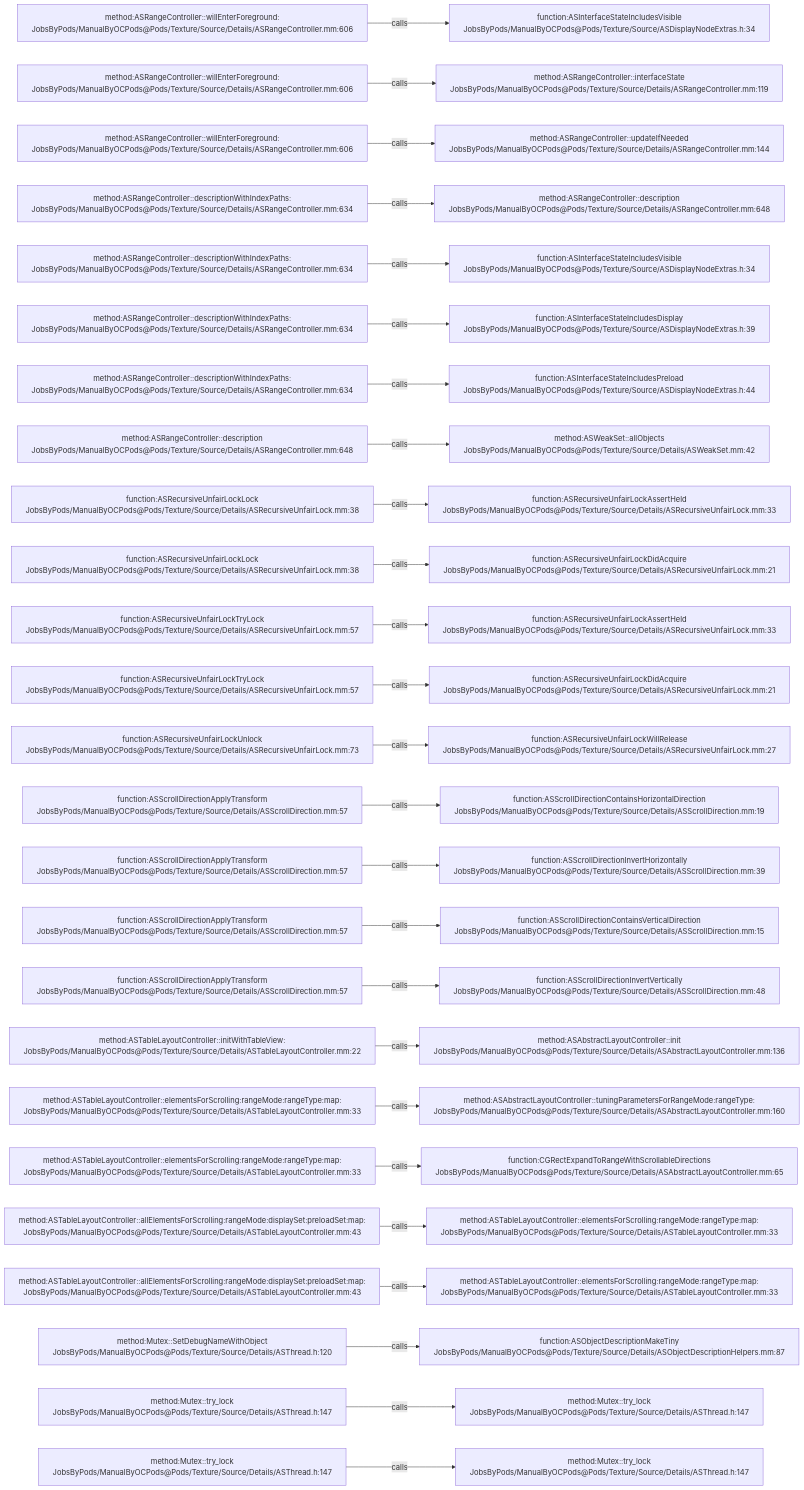
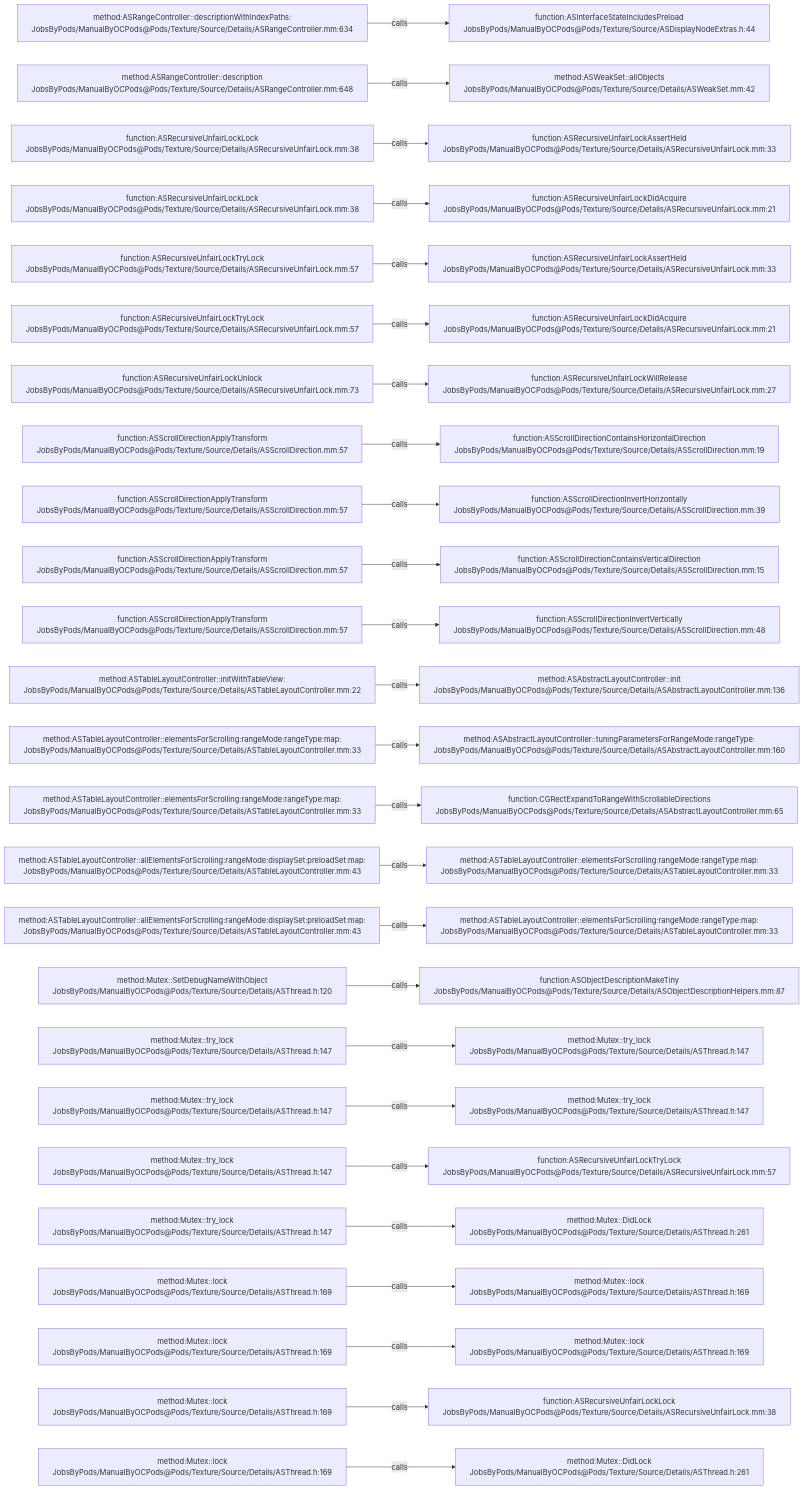
The diagram in .codegraph/codegraph.md/graphs/calls-157.md (JobsKits/JobsOCBaseConfigDemo), drawn with Mermaid before and after one commit. The commit also changed 666 other files, not shown here.

````diff
--- a/.codegraph/codegraph.md/graphs/calls-157.md
+++ b/.codegraph/codegraph.md/graphs/calls-157.md
@@ -13,78 +13,78 @@
 ```mermaid
 flowchart LR
-  S1["method:ASRangeController::willEnterForeground:<br/>JobsByPods/ManualByOCPods@Pods/Texture/Source/Details/ASRangeController.mm:606"]
-  T1["function:ASInterfaceStateIncludesVisible<br/>JobsByPods/ManualByOCPods@Pods/Texture/Source/ASDisplayNodeExtras.h:34"]
+  S1["method:ASRangeController::descriptionWithIndexPaths:<br/>JobsByPods/ManualByOCPods@Pods/Texture/Source/Details/ASRangeController.mm:634"]
+  T1["function:ASInterfaceStateIncludesPreload<br/>JobsByPods/ManualByOCPods@Pods/Texture/Source/ASDisplayNodeExtras.h:44"]
   S1 -->|calls| T1
-  S2["method:ASRangeController::willEnterForeground:<br/>JobsByPods/ManualByOCPods@Pods/Texture/Source/Details/ASRangeController.mm:606"]
-  T2["method:ASRangeController::interfaceState<br/>JobsByPods/ManualByOCPods@Pods/Texture/Source/Details/ASRangeController.mm:119"]
+  S2["method:ASRangeController::description<br/>JobsByPods/ManualByOCPods@Pods/Texture/Source/Details/ASRangeController.mm:648"]
+  T2["method:ASWeakSet::allObjects<br/>JobsByPods/ManualByOCPods@Pods/Texture/Source/Details/ASWeakSet.mm:42"]
   S2 -->|calls| T2
-  S3["method:ASRangeController::willEnterForeground:<br/>JobsByPods/ManualByOCPods@Pods/Texture/Source/Details/ASRangeController.mm:606"]
-  T3["method:ASRangeController::updateIfNeeded<br/>JobsByPods/ManualByOCPods@Pods/Texture/Source/Details/ASRangeController.mm:144"]
+  S3["function:ASRecursiveUnfairLockLock<br/>JobsByPods/ManualByOCPods@Pods/Texture/Source/Details/ASRecursiveUnfairLock.mm:38"]
+  T3["function:ASRecursiveUnfairLockAssertHeld<br/>JobsByPods/ManualByOCPods@Pods/Texture/Source/Details/ASRecursiveUnfairLock.mm:33"]
   S3 -->|calls| T3
-  S4["method:ASRangeController::descriptionWithIndexPaths:<br/>JobsByPods/ManualByOCPods@Pods/Texture/Source/Details/ASRangeController.mm:634"]
-  T4["method:ASRangeController::description<br/>JobsByPods/ManualByOCPods@Pods/Texture/Source/Details/ASRangeController.mm:648"]
+  S4["function:ASRecursiveUnfairLockLock<br/>JobsByPods/ManualByOCPods@Pods/Texture/Source/Details/ASRecursiveUnfairLock.mm:38"]
+  T4["function:ASRecursiveUnfairLockDidAcquire<br/>JobsByPods/ManualByOCPods@Pods/Texture/Source/Details/ASRecursiveUnfairLock.mm:21"]
   S4 -->|calls| T4
-  S5["method:ASRangeController::descriptionWithIndexPaths:<br/>JobsByPods/ManualByOCPods@Pods/Texture/Source/Details/ASRangeController.mm:634"]
-  T5["function:ASInterfaceStateIncludesVisible<br/>JobsByPods/ManualByOCPods@Pods/Texture/Source/ASDisplayNodeExtras.h:34"]
+  S5["function:ASRecursiveUnfairLockTryLock<br/>JobsByPods/ManualByOCPods@Pods/Texture/Source/Details/ASRecursiveUnfairLock.mm:57"]
+  T5["function:ASRecursiveUnfairLockAssertHeld<br/>JobsByPods/ManualByOCPods@Pods/Texture/Source/Details/ASRecursiveUnfairLock.mm:33"]
   S5 -->|calls| T5
-  S6["method:ASRangeController::descriptionWithIndexPaths:<br/>JobsByPods/ManualByOCPods@Pods/Texture/Source/Details/ASRangeController.mm:634"]
-  T6["function:ASInterfaceStateIncludesDisplay<br/>JobsByPods/ManualByOCPods@Pods/Texture/Source/ASDisplayNodeExtras.h:39"]
+  S6["function:ASRecursiveUnfairLockTryLock<br/>JobsByPods/ManualByOCPods@Pods/Texture/Source/Details/ASRecursiveUnfairLock.mm:57"]
+  T6["function:ASRecursiveUnfairLockDidAcquire<br/>JobsByPods/ManualByOCPods@Pods/Texture/Source/Details/ASRecursiveUnfairLock.mm:21"]
   S6 -->|calls| T6
-  S7["method:ASRangeController::descriptionWithIndexPaths:<br/>JobsByPods/ManualByOCPods@Pods/Texture/Source/Details/ASRangeController.mm:634"]
-  T7["function:ASInterfaceStateIncludesPreload<br/>JobsByPods/ManualByOCPods@Pods/Texture/Source/ASDisplayNodeExtras.h:44"]
+  S7["function:ASRecursiveUnfairLockUnlock<br/>JobsByPods/ManualByOCPods@Pods/Texture/Source/Details/ASRecursiveUnfairLock.mm:73"]
+  T7["function:ASRecursiveUnfairLockWillRelease<br/>JobsByPods/ManualByOCPods@Pods/Texture/Source/Details/ASRecursiveUnfairLock.mm:27"]
   S7 -->|calls| T7
-  S8["method:ASRangeController::description<br/>JobsByPods/ManualByOCPods@Pods/Texture/Source/Details/ASRangeController.mm:648"]
-  T8["method:ASWeakSet::allObjects<br/>JobsByPods/ManualByOCPods@Pods/Texture/Source/Details/ASWeakSet.mm:42"]
+  S8["function:ASScrollDirectionApplyTransform<br/>JobsByPods/ManualByOCPods@Pods/Texture/Source/Details/ASScrollDirection.mm:57"]
+  T8["function:ASScrollDirectionContainsHorizontalDirection<br/>JobsByPods/ManualByOCPods@Pods/Texture/Source/Details/ASScrollDirection.mm:19"]
   S8 -->|calls| T8
-  S9["function:ASRecursiveUnfairLockLock<br/>JobsByPods/ManualByOCPods@Pods/Texture/Source/Details/ASRecursiveUnfairLock.mm:38"]
-  T9["function:ASRecursiveUnfairLockAssertHeld<br/>JobsByPods/ManualByOCPods@Pods/Texture/Source/Details/ASRecursiveUnfairLock.mm:33"]
+  S9["function:ASScrollDirectionApplyTransform<br/>JobsByPods/ManualByOCPods@Pods/Texture/Source/Details/ASScrollDirection.mm:57"]
+  T9["function:ASScrollDirectionInvertHorizontally<br/>JobsByPods/ManualByOCPods@Pods/Texture/Source/Details/ASScrollDirection.mm:39"]
   S9 -->|calls| T9
-  S10["function:ASRecursiveUnfairLockLock<br/>JobsByPods/ManualByOCPods@Pods/Texture/Source/Details/ASRecursiveUnfairLock.mm:38"]
-  T10["function:ASRecursiveUnfairLockDidAcquire<br/>JobsByPods/ManualByOCPods@Pods/Texture/Source/Details/ASRecursiveUnfairLock.mm:21"]
+  S10["function:ASScrollDirectionApplyTransform<br/>JobsByPods/ManualByOCPods@Pods/Texture/Source/Details/ASScrollDirection.mm:57"]
+  T10["function:ASScrollDirectionContainsVerticalDirection<br/>JobsByPods/ManualByOCPods@Pods/Texture/Source/Details/ASScrollDirection.mm:15"]
   S10 -->|calls| T10
-  S11["function:ASRecursiveUnfairLockTryLock<br/>JobsByPods/ManualByOCPods@Pods/Texture/Source/Details/ASRecursiveUnfairLock.mm:57"]
-  T11["function:ASRecursiveUnfairLockAssertHeld<br/>JobsByPods/ManualByOCPods@Pods/Texture/Source/Details/ASRecursiveUnfairLock.mm:33"]
+  S11["function:ASScrollDirectionApplyTransform<br/>JobsByPods/ManualByOCPods@Pods/Texture/Source/Details/ASScrollDirection.mm:57"]
+  T11["function:ASScrollDirectionInvertVertically<br/>JobsByPods/ManualByOCPods@Pods/Texture/Source/Details/ASScrollDirection.mm:48"]
   S11 -->|calls| T11
-  S12["function:ASRecursiveUnfairLockTryLock<br/>JobsByPods/ManualByOCPods@Pods/Texture/Source/Details/ASRecursiveUnfairLock.mm:57"]
-  T12["function:ASRecursiveUnfairLockDidAcquire<br/>JobsByPods/ManualByOCPods@Pods/Texture/Source/Details/ASRecursiveUnfairLock.mm:21"]
+  S12["method:ASTableLayoutController::initWithTableView:<br/>JobsByPods/ManualByOCPods@Pods/Texture/Source/Details/ASTableLayoutController.mm:22"]
+  T12["method:ASAbstractLayoutController::init<br/>JobsByPods/ManualByOCPods@Pods/Texture/Source/Details/ASAbstractLayoutController.mm:136"]
   S12 -->|calls| T12
-  S13["function:ASRecursiveUnfairLockUnlock<br/>JobsByPods/ManualByOCPods@Pods/Texture/Source/Details/ASRecursiveUnfairLock.mm:73"]
-  T13["function:ASRecursiveUnfairLockWillRelease<br/>JobsByPods/ManualByOCPods@Pods/Texture/Source/Details/ASRecursiveUnfairLock.mm:27"]
+  S13["method:ASTableLayoutController::elementsForScrolling:rangeMode:rangeType:map:<br/>JobsByPods/ManualByOCPods@Pods/Texture/Source/Details/ASTableLayoutController.mm:33"]
+  T13["method:ASAbstractLayoutController::tuningParametersForRangeMode:rangeType:<br/>JobsByPods/ManualByOCPods@Pods/Texture/Source/Details/ASAbstractLayoutController.mm:160"]
   S13 -->|calls| T13
-  S14["function:ASScrollDirectionApplyTransform<br/>JobsByPods/ManualByOCPods@Pods/Texture/Source/Details/ASScrollDirection.mm:57"]
-  T14["function:ASScrollDirectionContainsHorizontalDirection<br/>JobsByPods/ManualByOCPods@Pods/Texture/Source/Details/ASScrollDirection.mm:19"]
+  S14["method:ASTableLayoutController::elementsForScrolling:rangeMode:rangeType:map:<br/>JobsByPods/ManualByOCPods@Pods/Texture/Source/Details/ASTableLayoutController.mm:33"]
+  T14["function:CGRectExpandToRangeWithScrollableDirections<br/>JobsByPods/ManualByOCPods@Pods/Texture/Source/Details/ASAbstractLayoutController.mm:65"]
   S14 -->|calls| T14
-  S15["function:ASScrollDirectionApplyTransform<br/>JobsByPods/ManualByOCPods@Pods/Texture/Source/Details/ASScrollDirection.mm:57"]
-  T15["function:ASScrollDirectionInvertHorizontally<br/>JobsByPods/ManualByOCPods@Pods/Texture/Source/Details/ASScrollDirection.mm:39"]
+  S15["method:ASTableLayoutController::allElementsForScrolling:rangeMode:displaySet:preloadSet:map:<br/>JobsByPods/ManualByOCPods@Pods/Texture/Source/Details/ASTableLayoutController.mm:43"]
+  T15["method:ASTableLayoutController::elementsForScrolling:rangeMode:rangeType:map:<br/>JobsByPods/ManualByOCPods@Pods/Texture/Source/Details/ASTableLayoutController.mm:33"]
   S15 -->|calls| T15
-  S16["function:ASScrollDirectionApplyTransform<br/>JobsByPods/ManualByOCPods@Pods/Texture/Source/Details/ASScrollDirection.mm:57"]
-  T16["function:ASScrollDirectionContainsVerticalDirection<br/>JobsByPods/ManualByOCPods@Pods/Texture/Source/Details/ASScrollDirection.mm:15"]
+  S16["method:ASTableLayoutController::allElementsForScrolling:rangeMode:displaySet:preloadSet:map:<br/>JobsByPods/ManualByOCPods@Pods/Texture/Source/Details/ASTableLayoutController.mm:43"]
+  T16["method:ASTableLayoutController::elementsForScrolling:rangeMode:rangeType:map:<br/>JobsByPods/ManualByOCPods@Pods/Texture/Source/Details/ASTableLayoutController.mm:33"]
   S16 -->|calls| T16
-  S17["function:ASScrollDirectionApplyTransform<br/>JobsByPods/ManualByOCPods@Pods/Texture/Source/Details/ASScrollDirection.mm:57"]
-  T17["function:ASScrollDirectionInvertVertically<br/>JobsByPods/ManualByOCPods@Pods/Texture/Source/Details/ASScrollDirection.mm:48"]
+  S17["method:Mutex::SetDebugNameWithObject<br/>JobsByPods/ManualByOCPods@Pods/Texture/Source/Details/ASThread.h:120"]
+  T17["function:ASObjectDescriptionMakeTiny<br/>JobsByPods/ManualByOCPods@Pods/Texture/Source/Details/ASObjectDescriptionHelpers.mm:87"]
   S17 -->|calls| T17
-  S18["method:ASTableLayoutController::initWithTableView:<br/>JobsByPods/ManualByOCPods@Pods/Texture/Source/Details/ASTableLayoutController.mm:22"]
-  T18["method:ASAbstractLayoutController::init<br/>JobsByPods/ManualByOCPods@Pods/Texture/Source/Details/ASAbstractLayoutController.mm:136"]
+  S18["method:Mutex::try_lock<br/>JobsByPods/ManualByOCPods@Pods/Texture/Source/Details/ASThread.h:147"]
+  T18["method:Mutex::try_lock<br/>JobsByPods/ManualByOCPods@Pods/Texture/Source/Details/ASThread.h:147"]
   S18 -->|calls| T18
-  S19["method:ASTableLayoutController::elementsForScrolling:rangeMode:rangeType:map:<br/>JobsByPods/ManualByOCPods@Pods/Texture/Source/Details/ASTableLayoutController.mm:33"]
-  T19["method:ASAbstractLayoutController::tuningParametersForRangeMode:rangeType:<br/>JobsByPods/ManualByOCPods@Pods/Texture/Source/Details/ASAbstractLayoutController.mm:160"]
+  S19["method:Mutex::try_lock<br/>JobsByPods/ManualByOCPods@Pods/Texture/Source/Details/ASThread.h:147"]
+  T19["method:Mutex::try_lock<br/>JobsByPods/ManualByOCPods@Pods/Texture/Source/Details/ASThread.h:147"]
   S19 -->|calls| T19
-  S20["method:ASTableLayoutController::elementsForScrolling:rangeMode:rangeType:map:<br/>JobsByPods/ManualByOCPods@Pods/Texture/Source/Details/ASTableLayoutController.mm:33"]
-  T20["function:CGRectExpandToRangeWithScrollableDirections<br/>JobsByPods/ManualByOCPods@Pods/Texture/Source/Details/ASAbstractLayoutController.mm:65"]
+  S20["method:Mutex::try_lock<br/>JobsByPods/ManualByOCPods@Pods/Texture/Source/Details/ASThread.h:147"]
+  T20["function:ASRecursiveUnfairLockTryLock<br/>JobsByPods/ManualByOCPods@Pods/Texture/Source/Details/ASRecursiveUnfairLock.mm:57"]
   S20 -->|calls| T20
-  S21["method:ASTableLayoutController::allElementsForScrolling:rangeMode:displaySet:preloadSet:map:<br/>JobsByPods/ManualByOCPods@Pods/Texture/Source/Details/ASTableLayoutController.mm:43"]
-  T21["method:ASTableLayoutController::elementsForScrolling:rangeMode:rangeType:map:<br/>JobsByPods/ManualByOCPods@Pods/Texture/Source/Details/ASTableLayoutController.mm:33"]
+  S21["method:Mutex::try_lock<br/>JobsByPods/ManualByOCPods@Pods/Texture/Source/Details/ASThread.h:147"]
+  T21["method:Mutex::DidLock<br/>JobsByPods/ManualByOCPods@Pods/Texture/Source/Details/ASThread.h:261"]
   S21 -->|calls| T21
-  S22["method:ASTableLayoutController::allElementsForScrolling:rangeMode:displaySet:preloadSet:map:<br/>JobsByPods/ManualByOCPods@Pods/Texture/Source/Details/ASTableLayoutController.mm:43"]
-  T22["method:ASTableLayoutController::elementsForScrolling:rangeMode:rangeType:map:<br/>JobsByPods/ManualByOCPods@Pods/Texture/Source/Details/ASTableLayoutController.mm:33"]
+  S22["method:Mutex::lock<br/>JobsByPods/ManualByOCPods@Pods/Texture/Source/Details/ASThread.h:169"]
+  T22["method:Mutex::lock<br/>JobsByPods/ManualByOCPods@Pods/Texture/Source/Details/ASThread.h:169"]
   S22 -->|calls| T22
-  S23["method:Mutex::SetDebugNameWithObject<br/>JobsByPods/ManualByOCPods@Pods/Texture/Source/Details/ASThread.h:120"]
-  T23["function:ASObjectDescriptionMakeTiny<br/>JobsByPods/ManualByOCPods@Pods/Texture/Source/Details/ASObjectDescriptionHelpers.mm:87"]
+  S23["method:Mutex::lock<br/>JobsByPods/ManualByOCPods@Pods/Texture/Source/Details/ASThread.h:169"]
+  T23["method:Mutex::lock<br/>JobsByPods/ManualByOCPods@Pods/Texture/Source/Details/ASThread.h:169"]
   S23 -->|calls| T23
-  S24["method:Mutex::try_lock<br/>JobsByPods/ManualByOCPods@Pods/Texture/Source/Details/ASThread.h:147"]
-  T24["method:Mutex::try_lock<br/>JobsByPods/ManualByOCPods@Pods/Texture/Source/Details/ASThread.h:147"]
+  S24["method:Mutex::lock<br/>JobsByPods/ManualByOCPods@Pods/Texture/Source/Details/ASThread.h:169"]
+  T24["function:ASRecursiveUnfairLockLock<br/>JobsByPods/ManualByOCPods@Pods/Texture/Source/Details/ASRecursiveUnfairLock.mm:38"]
   S24 -->|calls| T24
-  S25["method:Mutex::try_lock<br/>JobsByPods/ManualByOCPods@Pods/Texture/Source/Details/ASThread.h:147"]
-  T25["method:Mutex::try_lock<br/>JobsByPods/ManualByOCPods@Pods/Texture/Source/Details/ASThread.h:147"]
+  S25["method:Mutex::lock<br/>JobsByPods/ManualByOCPods@Pods/Texture/Source/Details/ASThread.h:169"]
+  T25["method:Mutex::DidLock<br/>JobsByPods/ManualByOCPods@Pods/Texture/Source/Details/ASThread.h:261"]
   S25 -->|calls| T25
 ```
````
